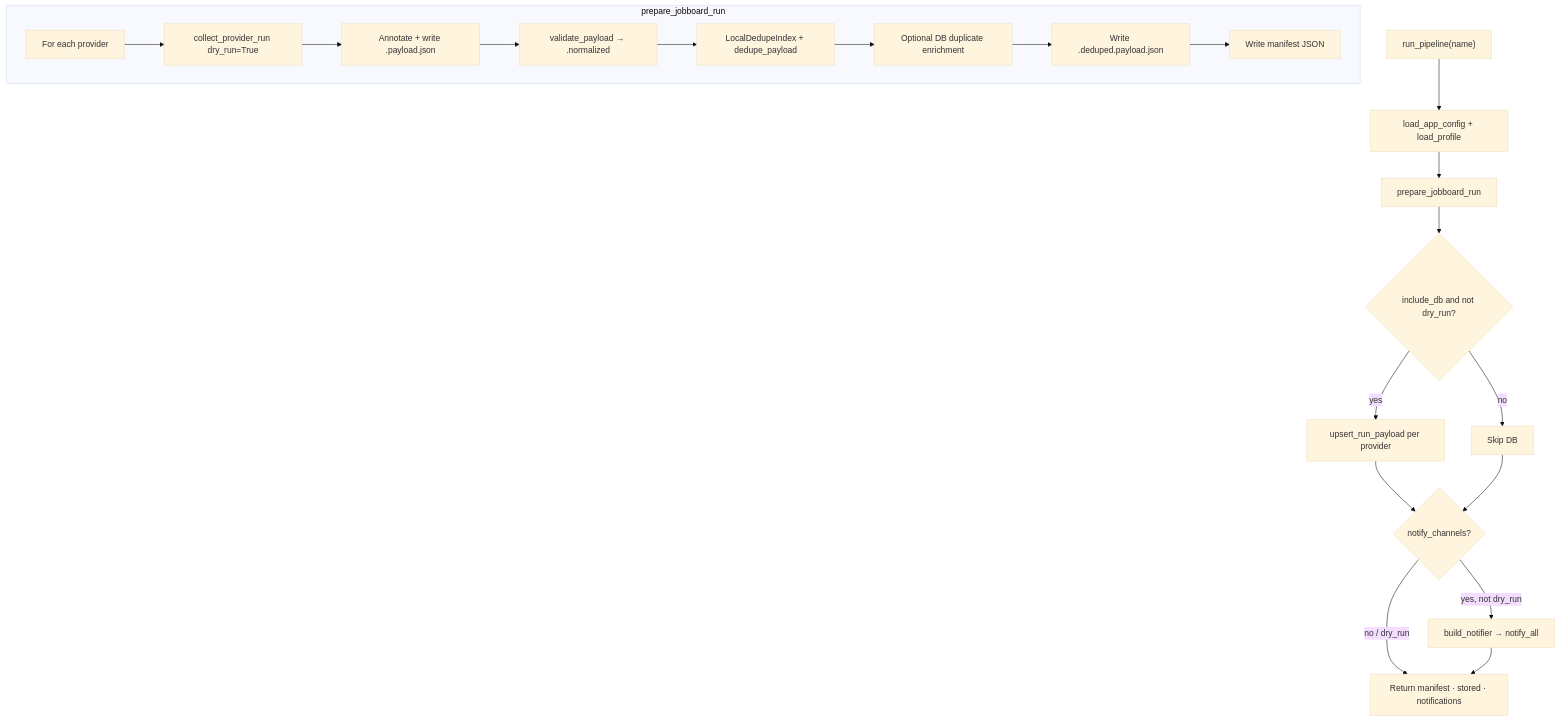
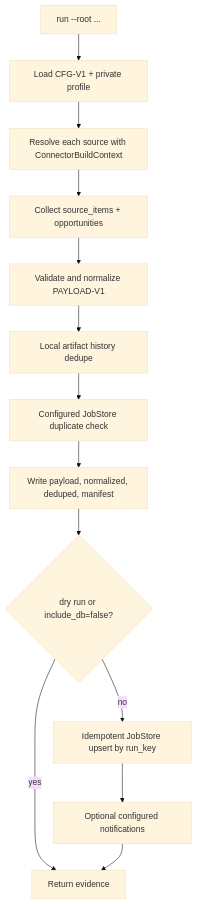
One commit to the-dmytro/jobsearch-toolchain changed the second of 3 diagrams in Docs/architecture.md. Above: the diagram before and after it, drawn with Mermaid (base theme). The commit also changed other lines of this file and 165 other files, not shown here.

````diff
--- a/Docs/architecture.md
+++ b/Docs/architecture.md
@@ -129,23 +30,15 @@
 ```mermaid
 flowchart TD
-  R["run_pipeline(name)"] --> L["load_app_config + load_profile"]
-  L --> P["prepare_jobboard_run"]
-  subgraph Prepare["prepare_jobboard_run"]
-    P1["For each provider"]
-    P1 --> P2["collect_provider_run dry_run=True"]
-    P2 --> P3["Annotate + write .payload.json"]
-    P3 --> P4["validate_payload → .normalized"]
-    P4 --> P5["LocalDedupeIndex + dedupe_payload"]
-    P5 --> P6["Optional DB duplicate enrichment"]
-    P6 --> P7["Write .deduped.payload.json"]
-    P7 --> P8["Write manifest JSON"]
-  end
-  P --> Store{"include_db and not dry_run?"}
-  Store -->|yes| U["upsert_run_payload per provider"]
-  Store -->|no| SkipStore["Skip DB"]
-  U --> N{"notify_channels?"}
-  SkipStore --> N
-  N -->|yes, not dry_run| Notify["build_notifier → notify_all"]
-  N -->|no / dry_run| Done["Return manifest · stored · notifications"]
-  Notify --> Done
+  Start["run <pipeline> --root ..."] --> Load["Load CFG-V1 + private profile"]
+  Load --> Resolve["Resolve each source with ConnectorBuildContext"]
+  Resolve --> Collect["Collect source_items + opportunities"]
+  Collect --> Validate["Validate and normalize PAYLOAD-V1"]
+  Validate --> Local["Local artifact history dedupe"]
+  Local --> StoreDedupe["Configured JobStore duplicate check"]
+  StoreDedupe --> Artifacts["Write payload, normalized, deduped, manifest"]
+  Artifacts --> Persist{"dry run or include_db=false?"}
+  Persist -->|yes| Done["Return evidence"]
+  Persist -->|no| Upsert["Idempotent JobStore upsert by run_key"]
+  Upsert --> OptionalNotify["Optional configured notifications"]
+  OptionalNotify --> Done
 ```
````
